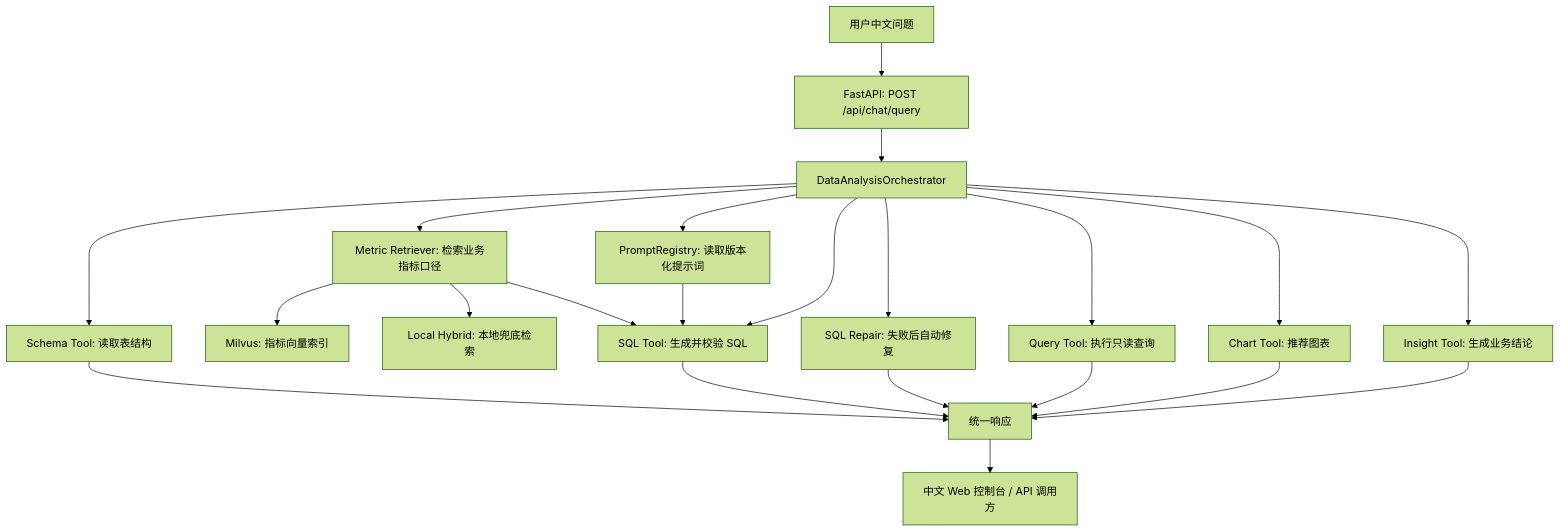
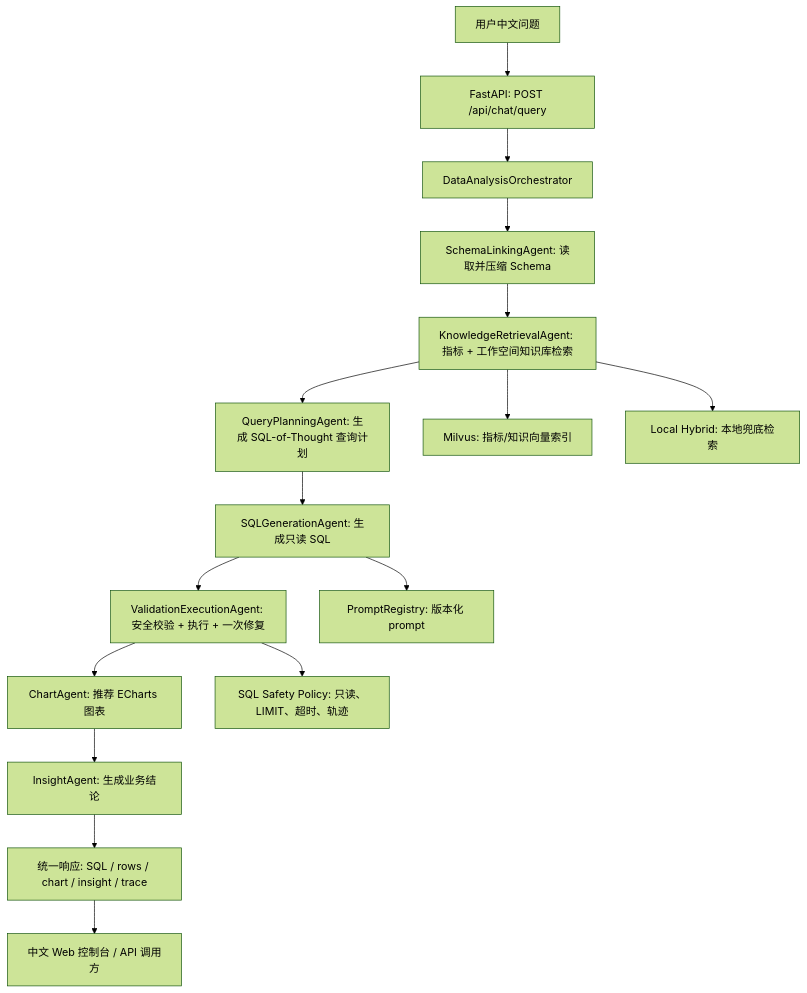
The diagram in README.md (chenpan979/DataWhisperer), drawn with Mermaid (forest theme) before and after one commit. The commit also changed other lines of this file and 12 other files, not shown here.

Commit message:
feat: add sql of thought agent pipeline

````diff
--- a/README.md
+++ b/README.md
@@ -188,24 +190,18 @@
 ```mermaid
 flowchart TD
     U["用户中文问题"] --> API["FastAPI: POST /api/chat/query"]
     API --> O["DataAnalysisOrchestrator"]
-    O --> S["Schema Tool: 读取表结构"]
-    O --> M["Metric Retriever: 检索业务指标口径"]
-    M --> VDB["Milvus: 指标向量索引"]
-    M --> LOCAL["Local Hybrid: 本地兜底检索"]
-    O --> P["PromptRegistry: 读取版本化提示词"]
-    O --> SQL["SQL Tool: 生成并校验 SQL"]
-    O --> RPAIR["SQL Repair: 失败后自动修复"]
-    O --> Q["Query Tool: 执行只读查询"]
-    O --> C["Chart Tool: 推荐图表"]
-    O --> I["Insight Tool: 生成业务结论"]
-    S --> R["统一响应"]
-    M --> SQL
-    P --> SQL
-    SQL --> R
-    RPAIR --> R
-    Q --> R
-    C --> R
-    I --> R
+    O --> A1["SchemaLinkingAgent: 读取并压缩 Schema"]
+    A1 --> A2["KnowledgeRetrievalAgent: 指标 + 工作空间知识库检索"]
+    A2 --> A3["QueryPlanningAgent: 生成 SQL-of-Thought 查询计划"]
+    A3 --> A4["SQLGenerationAgent: 生成只读 SQL"]
+    A4 --> A5["ValidationExecutionAgent: 安全校验 + 执行 + 一次修复"]
+    A5 --> A6["ChartAgent: 推荐 ECharts 图表"]
+    A6 --> A7["InsightAgent: 生成业务结论"]
+    A2 --> VDB["Milvus: 指标/知识向量索引"]
+    A2 --> LOCAL["Local Hybrid: 本地兜底检索"]
+    A4 --> P["PromptRegistry: 版本化 prompt"]
+    A5 --> SAFE["SQL Safety Policy: 只读、LIMIT、超时、轨迹"]
+    A7 --> R["统一响应: SQL / rows / chart / insight / trace"]
     R --> UI["中文 Web 控制台 / API 调用方"]
 ```
````
